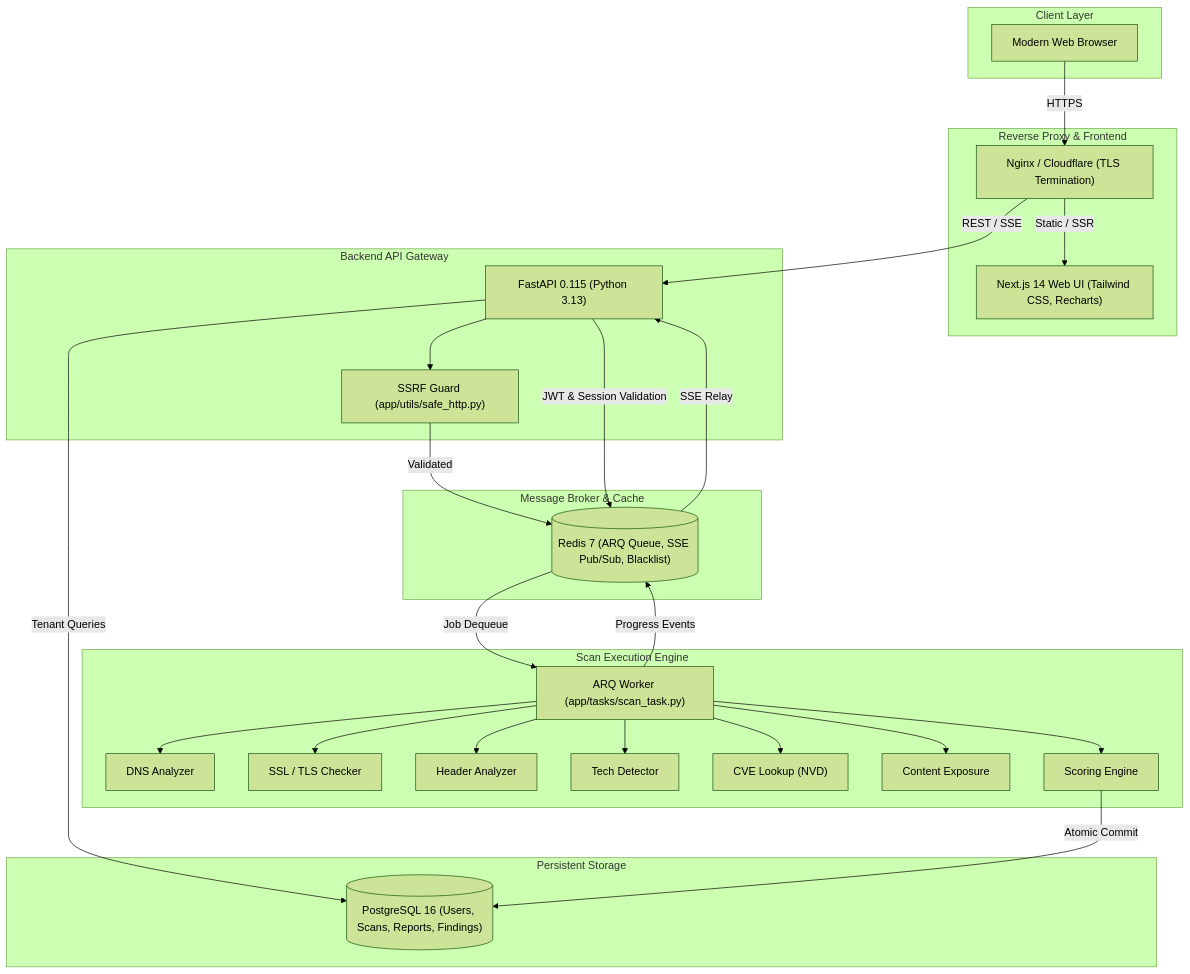
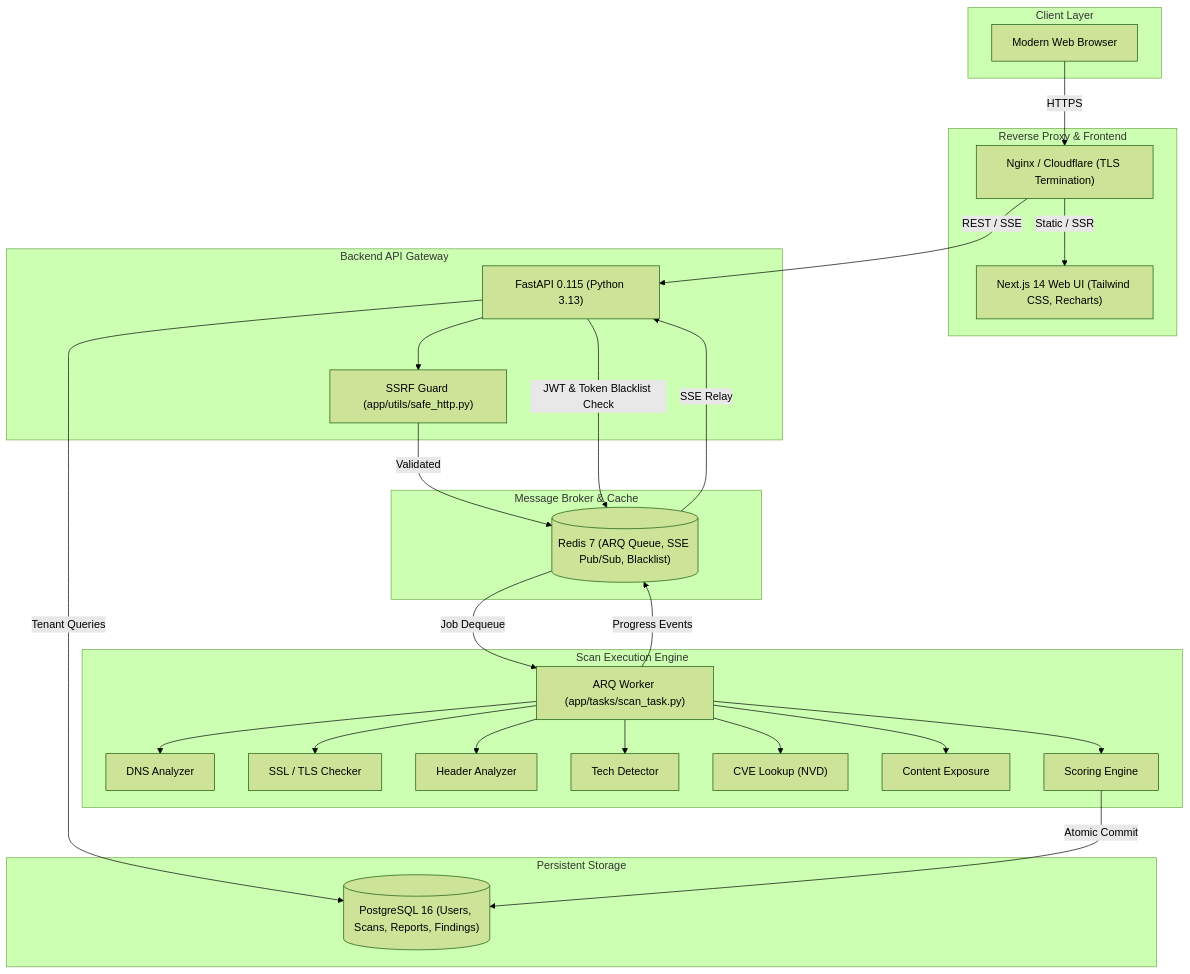
One commit to Nandinivora18/AttackSurface changed the diagram in README.md. Above: the diagram before and after it, drawn with Mermaid (forest theme). The commit also changed other lines of this file and 1 other file, not shown here.

````diff
--- a/README.md
+++ b/README.md
@@ -62,57 +62,57 @@
 ```mermaid
 flowchart TD
     subgraph Client ["Client Layer"]
         Browser["Modern Web Browser"]
     end
 
     subgraph Gateway ["Reverse Proxy & Frontend"]
         Nginx["Nginx / Cloudflare (TLS Termination)"]
         Frontend["Next.js 14 Web UI (Tailwind CSS, Recharts)"]
     end
 
     subgraph API_Layer ["Backend API Gateway"]
         FastAPI["FastAPI 0.115 (Python 3.13)"]
         SSRF["SSRF Guard (app/utils/safe_http.py)"]
     end
 
     subgraph Queue_State ["Message Broker & Cache"]
         Redis[("Redis 7 (ARQ Queue, SSE Pub/Sub, Blacklist)")]
     end
 
     subgraph Worker_Layer ["Scan Execution Engine"]
         Worker["ARQ Worker (app/tasks/scan_task.py)"]
         DNS["DNS Analyzer"]
         SSL["SSL / TLS Checker"]
         Headers["Header Analyzer"]
         Tech["Tech Detector"]
         CVE["CVE Lookup (NVD)"]
         Content["Content Exposure"]
         Score["Scoring Engine"]
     end
 
     subgraph Storage ["Persistent Storage"]
         Postgres[("PostgreSQL 16 (Users, Scans, Reports, Findings)")]
     end
 
     Browser -->|HTTPS| Nginx
     Nginx -->|Static / SSR| Frontend
     Nginx -->|REST / SSE| FastAPI
 
     FastAPI --> SSRF
     SSRF -->|Validated| Redis
-    FastAPI -->|JWT & Session Validation| Redis
+    FastAPI -->|JWT & Token Blacklist Check| Redis
     FastAPI -->|Tenant Queries| Postgres
 
     Redis -->|Job Dequeue| Worker
     Worker --> DNS
     Worker --> SSL
     Worker --> Headers
     Worker --> Tech
     Worker --> CVE
     Worker --> Content
     Worker --> Score
 
     Score -->|Atomic Commit| Postgres
     Worker -->|Progress Events| Redis
     Redis -->|SSE Relay| FastAPI
 ```
````
